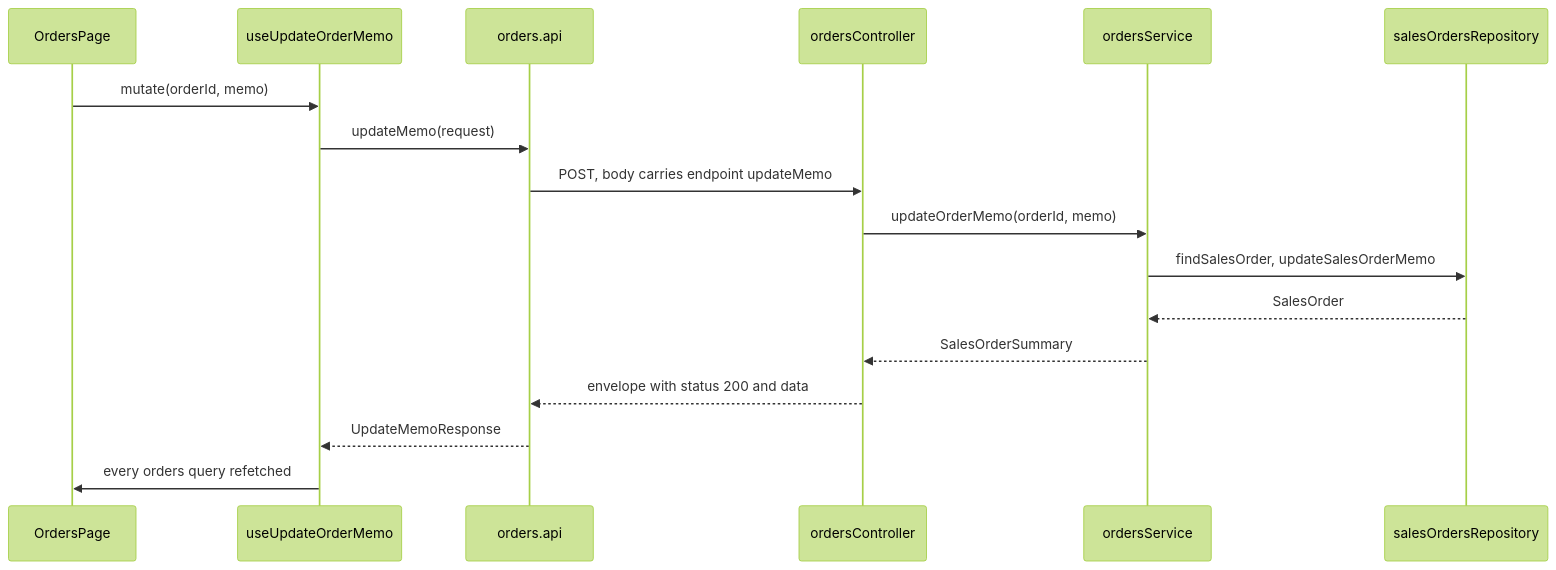
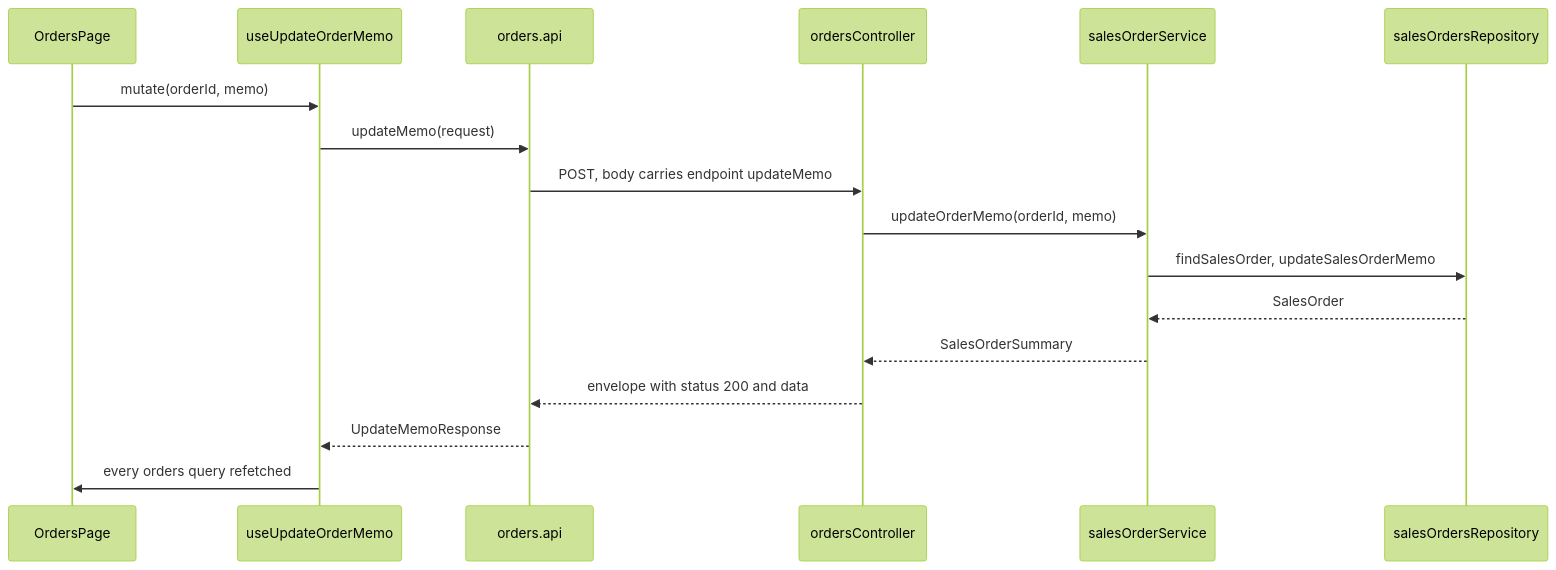
The diagram in react-app/how-to-use/controllers/restlet-controller.md (AmeriLux-Dev/netsuite-project-templates), drawn with Mermaid (forest theme) before and after one commit. The commit also changed other lines of this file and 19 other files, not shown here.

````diff
--- a/react-app/how-to-use/controllers/restlet-controller.md
+++ b/react-app/how-to-use/controllers/restlet-controller.md
@@ -373,19 +373,19 @@
 ```mermaid
 sequenceDiagram
     participant Page as OrdersPage
     participant Hook as useUpdateOrderMemo
     participant Client as orders.api
     participant Restlet as ordersController
-    participant Service as ordersService
+    participant Service as salesOrderService
     participant Repository as salesOrdersRepository
     Page->>Hook: mutate(orderId, memo)
     Hook->>Client: updateMemo(request)
     Client->>Restlet: POST, body carries endpoint updateMemo
     Restlet->>Service: updateOrderMemo(orderId, memo)
     Service->>Repository: findSalesOrder, updateSalesOrderMemo
     Repository-->>Service: SalesOrder
     Service-->>Restlet: SalesOrderSummary
     Restlet-->>Client: envelope with status 200 and data
     Client-->>Hook: UpdateMemoResponse
     Hook->>Page: every orders query refetched
 ```
````
